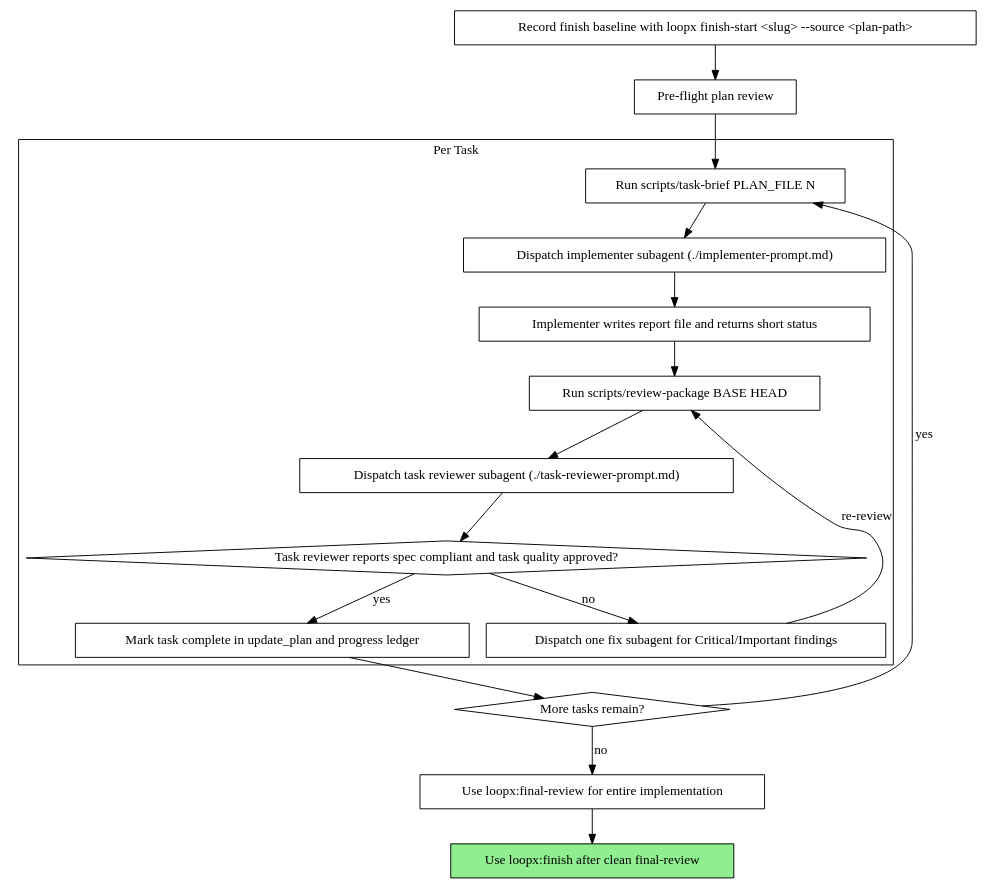
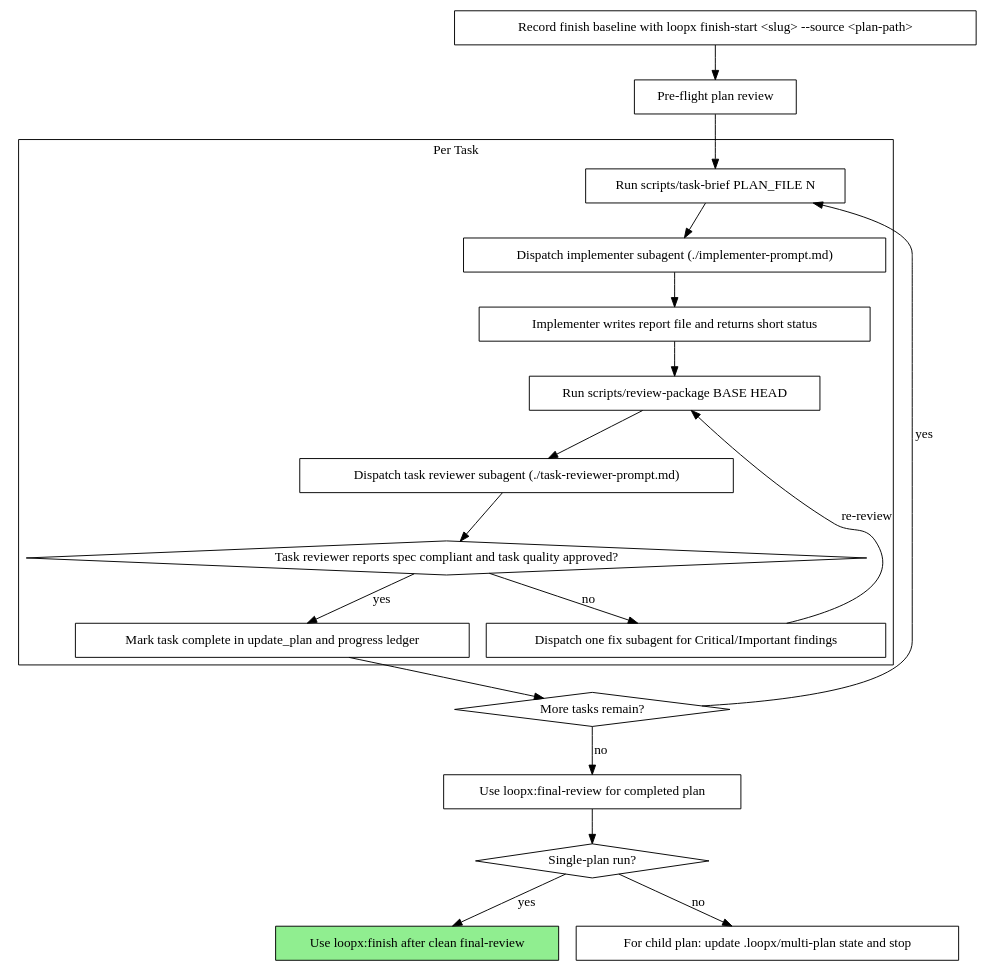
The diagram in skills/subagent-exec/SKILL.md (hugh-zhan9/loopx), drawn with Graphviz before and after one commit. The commit also changed other lines of this file and 6 other files, not shown here.

Commit message:
docs: define multi-plan review gates

````diff
--- a/skills/subagent-exec/SKILL.md
+++ b/skills/subagent-exec/SKILL.md
@@ -44,38 +61,42 @@
 ```dot
 digraph process {
     rankdir=TB;
 
     subgraph cluster_per_task {
         label="Per Task";
         "Run scripts/task-brief PLAN_FILE N" [shape=box];
         "Dispatch implementer subagent (./implementer-prompt.md)" [shape=box];
         "Implementer writes report file and returns short status" [shape=box];
         "Run scripts/review-package BASE HEAD" [shape=box];
         "Dispatch task reviewer subagent (./task-reviewer-prompt.md)" [shape=box];
         "Task reviewer reports spec compliant and task quality approved?" [shape=diamond];
         "Dispatch one fix subagent for Critical/Important findings" [shape=box];
         "Mark task complete in update_plan and progress ledger" [shape=box];
     }
 
     "Record finish baseline with loopx finish-start <slug> --source <plan-path>" [shape=box];
     "Pre-flight plan review" [shape=box];
     "More tasks remain?" [shape=diamond];
-    "Use loopx:final-review for entire implementation" [shape=box];
+    "Use loopx:final-review for completed plan" [shape=box];
+    "Single-plan run?" [shape=diamond];
     "Use loopx:finish after clean final-review" [shape=box style=filled fillcolor=lightgreen];
+    "For child plan: update .loopx/multi-plan state and stop" [shape=box];
 
     "Record finish baseline with loopx finish-start <slug> --source <plan-path>" -> "Pre-flight plan review";
     "Pre-flight plan review" -> "Run scripts/task-brief PLAN_FILE N";
     "Run scripts/task-brief PLAN_FILE N" -> "Dispatch implementer subagent (./implementer-prompt.md)";
     "Dispatch implementer subagent (./implementer-prompt.md)" -> "Implementer writes report file and returns short status";
     "Implementer writes report file and returns short status" -> "Run scripts/review-package BASE HEAD";
     "Run scripts/review-package BASE HEAD" -> "Dispatch task reviewer subagent (./task-reviewer-prompt.md)";
     "Dispatch task reviewer subagent (./task-reviewer-prompt.md)" -> "Task reviewer reports spec compliant and task quality approved?";
     "Task reviewer reports spec compliant and task quality approved?" -> "Dispatch one fix subagent for Critical/Important findings" [label="no"];
     "Dispatch one fix subagent for Critical/Important findings" -> "Run scripts/review-package BASE HEAD" [label="re-review"];
     "Task reviewer reports spec compliant and task quality approved?" -> "Mark task complete in update_plan and progress ledger" [label="yes"];
     "Mark task complete in update_plan and progress ledger" -> "More tasks remain?";
     "More tasks remain?" -> "Run scripts/task-brief PLAN_FILE N" [label="yes"];
-    "More tasks remain?" -> "Use loopx:final-review for entire implementation" [label="no"];
-    "Use loopx:final-review for entire implementation" -> "Use loopx:finish after clean final-review";
+    "More tasks remain?" -> "Use loopx:final-review for completed plan" [label="no"];
+    "Use loopx:final-review for completed plan" -> "Single-plan run?";
+    "Single-plan run?" -> "Use loopx:finish after clean final-review" [label="yes"];
+    "Single-plan run?" -> "For child plan: update .loopx/multi-plan state and stop" [label="no"];
 }
 ```
````
